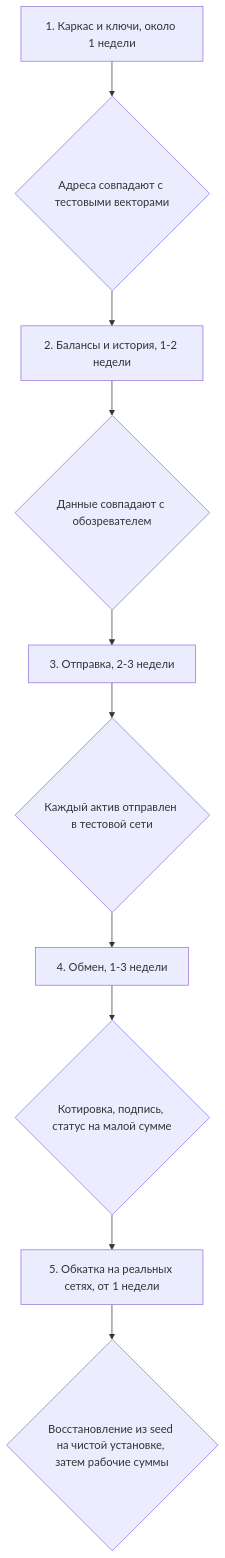
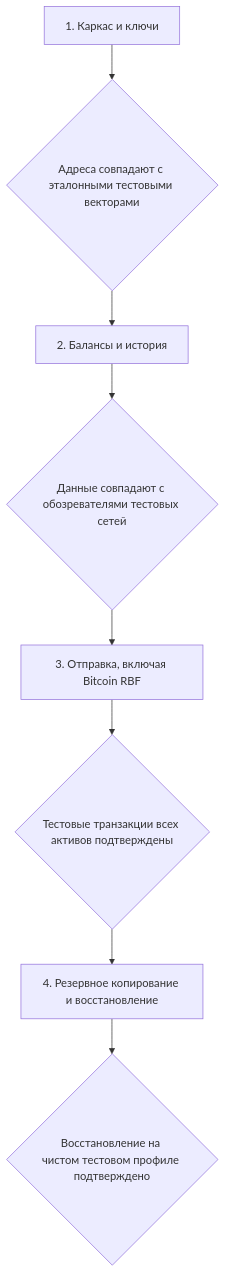
One commit to 24DSO-lab/wallet changed the second of 2 diagrams in docs/ADR-001-desktop-wallet.md. Above: the diagram before and after it, drawn with Mermaid. The commit also changed other lines of this file, not shown here.

````diff
--- a/docs/ADR-001-desktop-wallet.md
+++ b/docs/ADR-001-desktop-wallet.md
@@ -277,8 +268,7 @@
 ```mermaid
 flowchart TD
-    A["1. Каркас и ключи, около 1 недели"] --> A1{"Адреса совпадают с тестовыми векторами"}
-    A1 --> B["2. Балансы и история, 1-2 недели"] --> B1{"Данные совпадают с обозревателем"}
-    B1 --> C["3. Отправка, 2-3 недели"] --> C1{"Каждый актив отправлен в тестовой сети"}
-    C1 --> D["4. Обмен, 1-3 недели"] --> D1{"Котировка, подпись, статус на малой сумме"}
-    D1 --> E["5. Обкатка на реальных сетях, от 1 недели"] --> E1{"Восстановление из seed на чистой установке, затем рабочие суммы"}
+    A["1. Каркас и ключи"] --> A1{"Адреса совпадают с эталонными тестовыми векторами"}
+    A1 --> B["2. Балансы и история"] --> B1{"Данные совпадают с обозревателями тестовых сетей"}
+    B1 --> C["3. Отправка, включая Bitcoin RBF"] --> C1{"Тестовые транзакции всех активов подтверждены"}
+    C1 --> D["4. Резервное копирование и восстановление"] --> D1{"Восстановление на чистом тестовом профиле подтверждено"}
 ```
````
